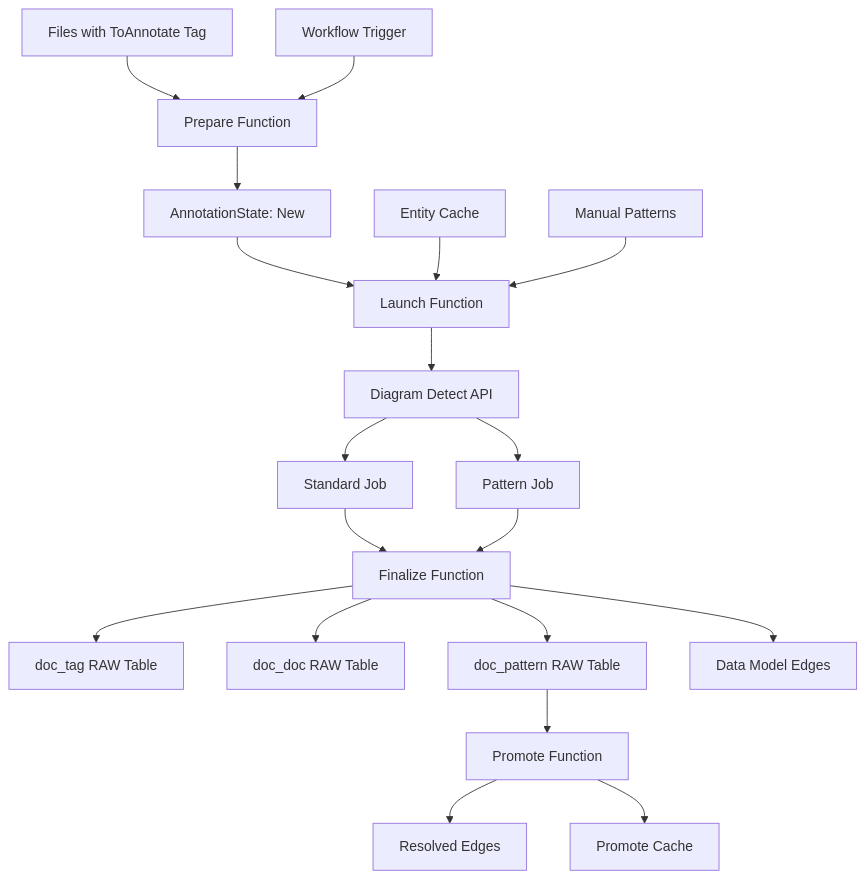
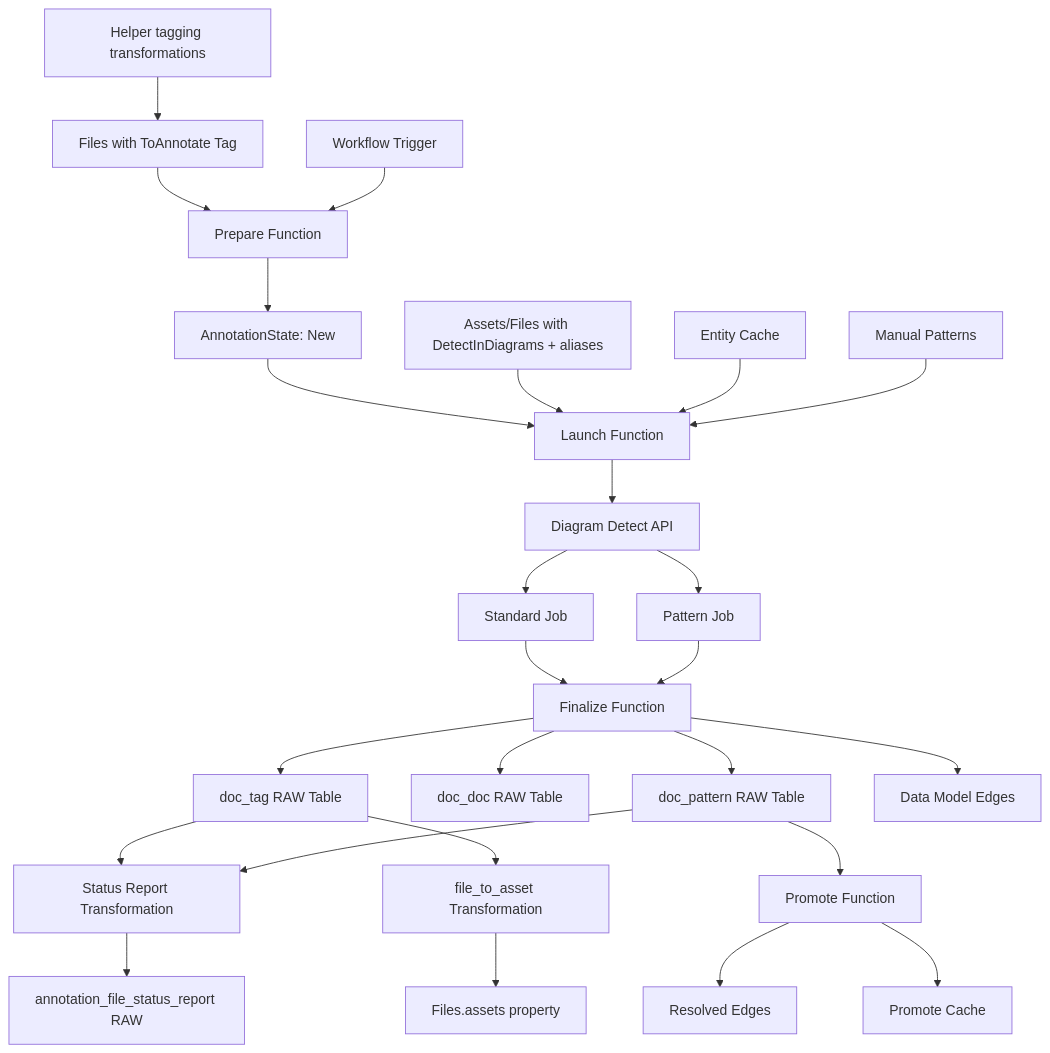
One commit to cognitedata/library changed the fifth of 5 diagrams in modules/contextualization/cdf_file_annotation/README.md. Above: the diagram before and after it, drawn with Mermaid. The commit also changed other lines of this file and 11 other files, not shown here.

````diff
--- a/modules/contextualization/cdf_file_annotation/README.md
+++ b/modules/contextualization/cdf_file_annotation/README.md
@@ -543,27 +662,36 @@
 ```mermaid
 graph TD
+    H[Helper tagging transformations] --> A
     A[Files with ToAnnotate Tag] --> B[Prepare Function]
     B --> C[AnnotationState: New]
     C --> D[Launch Function]
-    
+
+    I[Assets/Files with DetectInDiagrams + aliases] --> D
     E[Entity Cache] --> D
     F[Manual Patterns] --> D
-    
+
     D --> G[Diagram Detect API]
-    G --> H[Standard Job]
-    G --> I[Pattern Job]
-    
-    H --> J[Finalize Function]
-    I --> J
-    
+    G --> H2[Standard Job]
+    G --> I2[Pattern Job]
+
+    H2 --> J[Finalize Function]
+    I2 --> J
+
     J --> K[doc_tag RAW Table]
     J --> L[doc_doc RAW Table]
     J --> M[doc_pattern RAW Table]
     J --> N[Data Model Edges]
-    
+
     M --> O[Promote Function]
     O --> P[Resolved Edges]
     O --> Q[Promote Cache]
-    
-    R[Workflow Trigger] --> B
+
+    K --> R[Status Report Transformation]
+    M --> R
+    R --> S[annotation_file_status_report RAW]
+
+    K --> T[file_to_asset Transformation]
+    T --> U[Files.assets property]
+
+    V[Workflow Trigger] --> B
 ```
````
